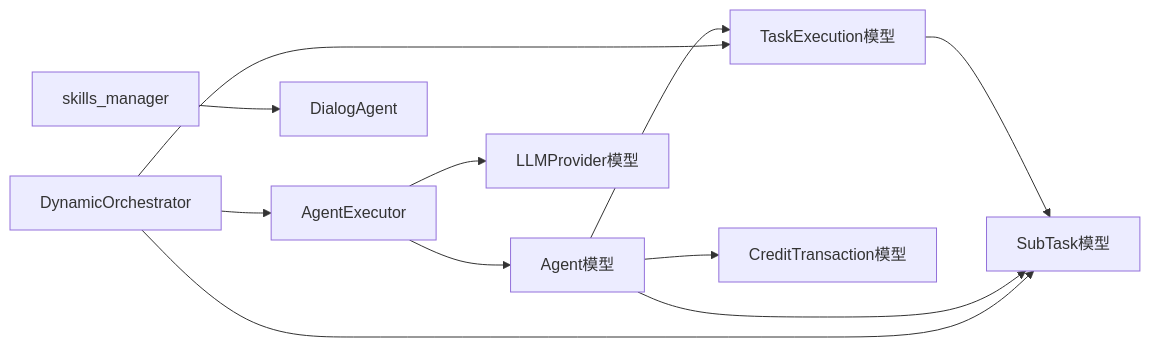
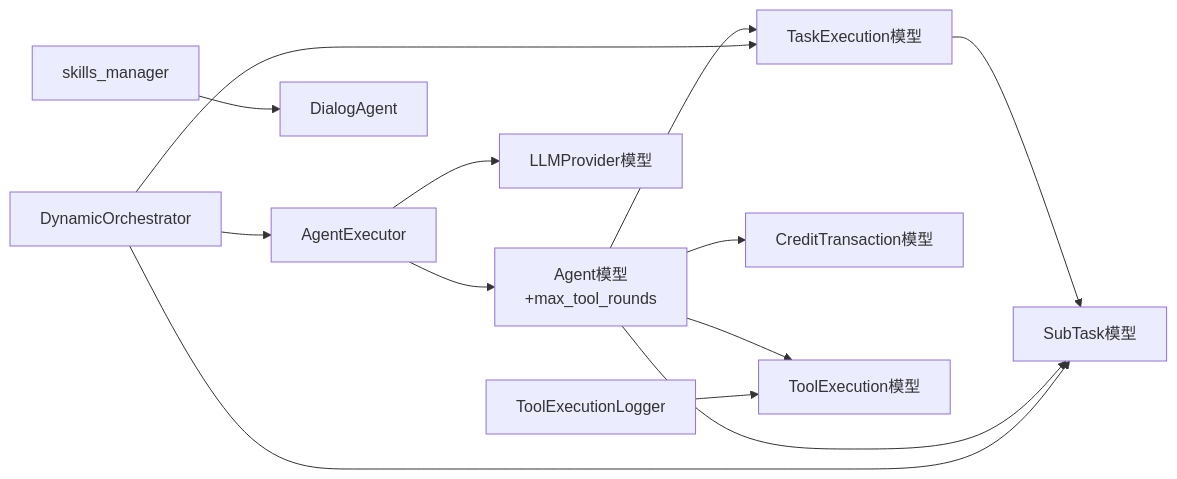
Before and after one commit to KunLabAI/KunFlix: the seventh of 7 diagrams in .qoder/repowiki/zh/content/开发者指南/智能代理配置.md, drawn with Mermaid. The commit also changed other lines of this file and 78 other files, not shown here.

````diff
--- a/.qoder/repowiki/zh/content/开发者指南/智能代理配置.md
+++ b/.qoder/repowiki/zh/content/开发者指南/智能代理配置.md
@@ -343,13 +443,15 @@
 ```mermaid
 graph LR
-Agent["Agent模型"] --> TaskExecution["TaskExecution模型"]
+Agent["Agent模型<br/>+max_tool_rounds"] --> TaskExecution["TaskExecution模型"]
 TaskExecution --> SubTask["SubTask模型"]
 Agent --> SubTask
 Agent --> CreditTransaction["CreditTransaction模型"]
+Agent --> ToolExecution["ToolExecution模型"]
 AgentExecutor["AgentExecutor"] --> Agent
 AgentExecutor --> LLMProvider["LLMProvider模型"]
 Orchestrator["DynamicOrchestrator"] --> AgentExecutor
 Orchestrator --> TaskExecution
 Orchestrator --> SubTask
 skills_manager["skills_manager"] --> DialogAgent["DialogAgent"]
+ToolExecutionLogger["ToolExecutionLogger"] --> ToolExecution
 ```
````
